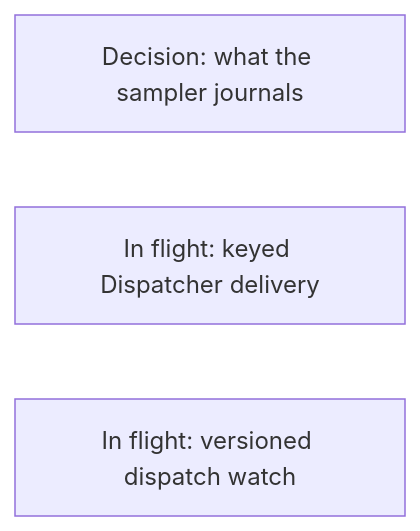
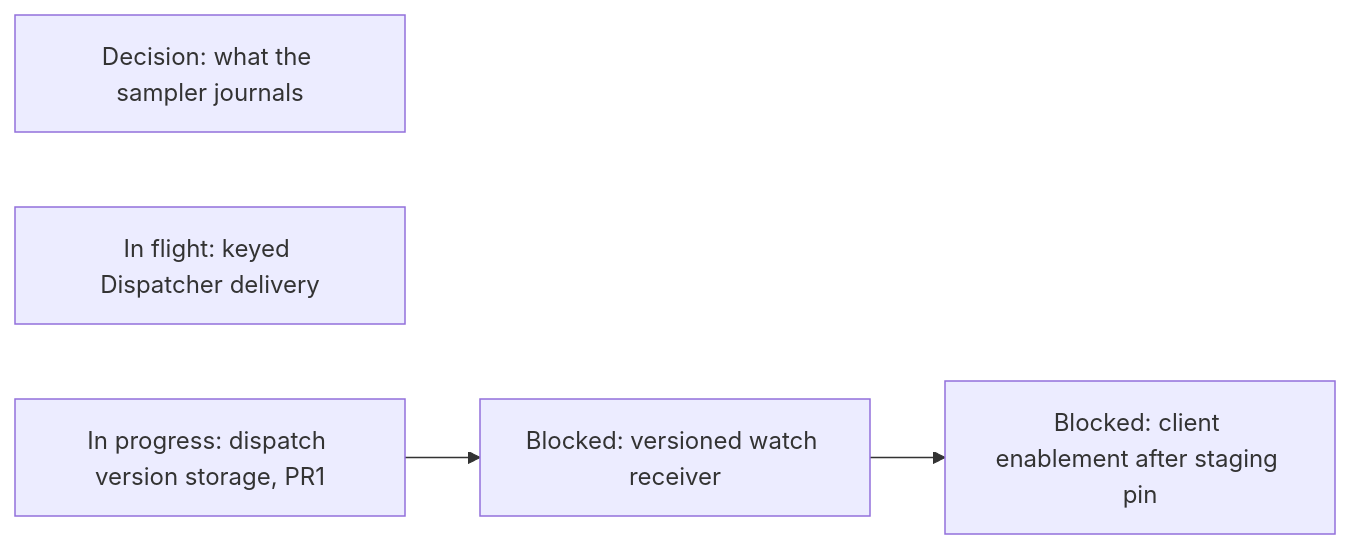
Diagram 19 of 20 in agentplane/plans/task_dag.md (agentydragon/ducktape), drawn with Mermaid before and after one commit. The commit also changed other lines of this file and 11 other files, not shown here.

Commit message:
Persist dispatch versions and deletion receipts for watch rollout

````diff
--- a/agentplane/plans/task_dag.md
+++ b/agentplane/plans/task_dag.md
@@ -3760,6 +3768,9 @@
 ```mermaid
 flowchart LR
     SAMPLER_JOURNAL_DIET[Decision: what the sampler journals]
     DISPATCHER_KEYED_DELIVERY[In flight: keyed Dispatcher delivery]
-    DISPATCHER_WATCH_VERSIONS[In flight: versioned dispatch watch]
+    DISPATCHER_WATCH_VERSIONS[In progress: dispatch version storage, PR1]
+    DISPATCHER_WATCH_RESUMABLE_SERVER[Blocked: versioned watch receiver]
+    DISPATCHER_WATCH_CLIENT_CUTOVER[Blocked: client enablement after staging pin]
+    DISPATCHER_WATCH_VERSIONS --> DISPATCHER_WATCH_RESUMABLE_SERVER --> DISPATCHER_WATCH_CLIENT_CUTOVER
 ```
````
